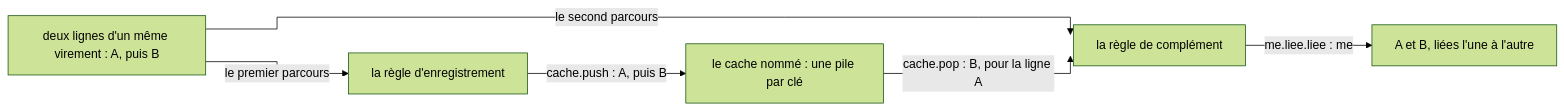
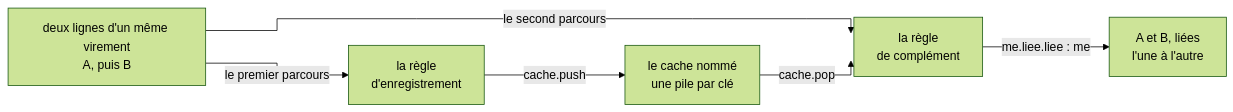
One commit to AymericLesert/Syncytium changed the diagram in docs/syncytium/08-migration/06-complements.md. Above: the diagram before and after it, drawn with Mermaid (forest theme). The commit also changed 9 other files, not shown here.

````diff
--- a/docs/syncytium/08-migration/06-complements.md
+++ b/docs/syncytium/08-migration/06-complements.md
@@ -116,14 +116,14 @@
 ```mermaid
 %%{init: {"flowchart": {"curve": "stepAfter"}}}%%
 flowchart LR
-    L["deux lignes d'un même virement : A, puis B"]
-    R1["la règle d'enregistrement"]
-    C["le cache nommé : une pile par clé"]
-    R2["la règle de complément"]
-    E["A et B, liées l'une à l'autre"]
+    L["deux lignes d'un même virement<br/>A, puis B"]
+    R1["la règle<br/>d'enregistrement"]
+    C["le cache nommé<br/>une pile par clé"]
+    R2["la règle<br/>de complément"]
+    E["A et B, liées<br/>l'une à l'autre"]
     L -- "le premier parcours" --> R1
-    R1 -- "cache.push : A, puis B" --> C
+    R1 -- "cache.push" --> C
     L -- "le second parcours" --> R2
-    C -- "cache.pop : B, pour la ligne A" --> R2
+    C -- "cache.pop" --> R2
     R2 -- "me.liee.liee : me" --> E
 ```
````
